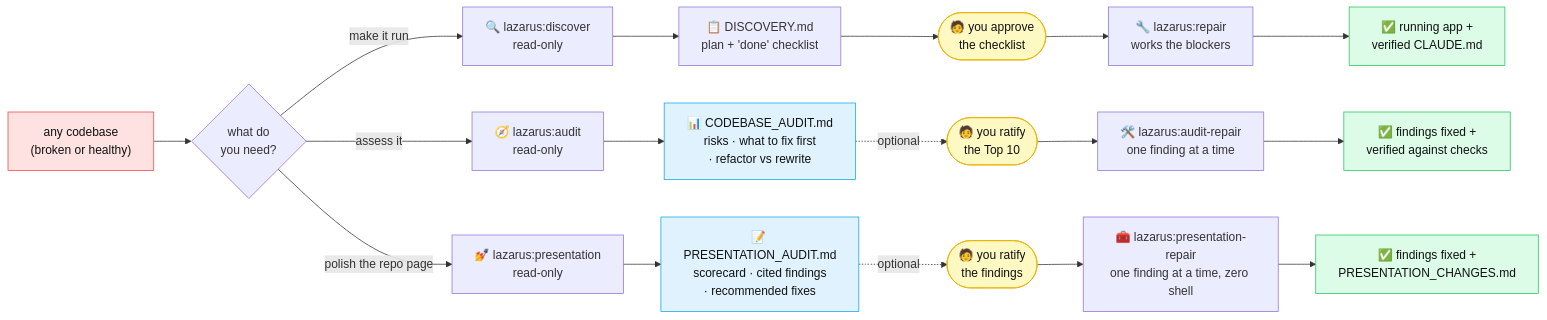
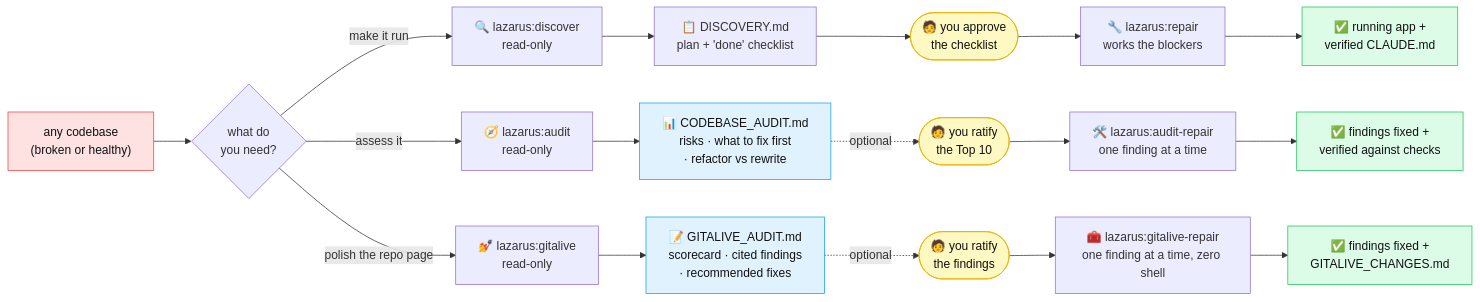
Before and after one commit to CognitiveCodeAI/lazarus: the diagram in README.md, drawn with Mermaid. The commit also changed other lines of this file and 12 other files, not shown here.

First line of the commit message:
GitAlive: rename presentation→gitalive pair + spotlight with before/after (#26)

````diff
--- a/README.md
+++ b/README.md
@@ -88,32 +88,32 @@
 ```mermaid
 flowchart LR
     A["any codebase<br/>(broken or healthy)"] --> B{what do<br/>you need?}
 
     B -->|make it run| C["🔍 lazarus:discover<br/>read-only"]
     C --> D["📋 DISCOVERY.md<br/>plan + 'done' checklist"]
     D --> E(["🧑 you approve<br/>the checklist"])
     E --> F["🔧 lazarus:repair<br/>works the blockers"]
     F --> G["✅ running app +<br/>verified CLAUDE.md"]
 
     B -->|assess it| H["🧭 lazarus:audit<br/>read-only"]
     H --> I["📊 CODEBASE_AUDIT.md<br/>risks · what to fix first<br/>· refactor vs rewrite"]
     I -.->|"optional"| J(["🧑 you ratify<br/>the Top 10"])
     J --> K["🛠️ lazarus:audit-repair<br/>one finding at a time"]
     K --> L["✅ findings fixed +<br/>verified against checks"]
 
-    B -->|polish the repo page| M["💅 lazarus:presentation<br/>read-only"]
-    M --> N["📝 PRESENTATION_AUDIT.md<br/>scorecard · cited findings<br/>· recommended fixes"]
+    B -->|polish the repo page| M["💅 lazarus:gitalive<br/>read-only"]
+    M --> N["📝 GITALIVE_AUDIT.md<br/>scorecard · cited findings<br/>· recommended fixes"]
     N -.->|"optional"| O(["🧑 you ratify<br/>the findings"])
-    O --> P["🧰 lazarus:presentation-repair<br/>one finding at a time, zero shell"]
-    P --> Q["✅ findings fixed +<br/>PRESENTATION_CHANGES.md"]
+    O --> P["🧰 lazarus:gitalive-repair<br/>one finding at a time, zero shell"]
+    P --> Q["✅ findings fixed +<br/>GITALIVE_CHANGES.md"]
 
     style A fill:#fee2e2,stroke:#ef4444,color:#111
     style G fill:#dcfce7,stroke:#22c55e,color:#111
     style I fill:#e0f2fe,stroke:#0ea5e9,color:#111
     style N fill:#e0f2fe,stroke:#0ea5e9,color:#111
     style E fill:#fef9c3,stroke:#eab308,color:#111
     style J fill:#fef9c3,stroke:#eab308,color:#111
     style O fill:#fef9c3,stroke:#eab308,color:#111
     style L fill:#dcfce7,stroke:#22c55e,color:#111
     style Q fill:#dcfce7,stroke:#22c55e,color:#111
 ```
````
